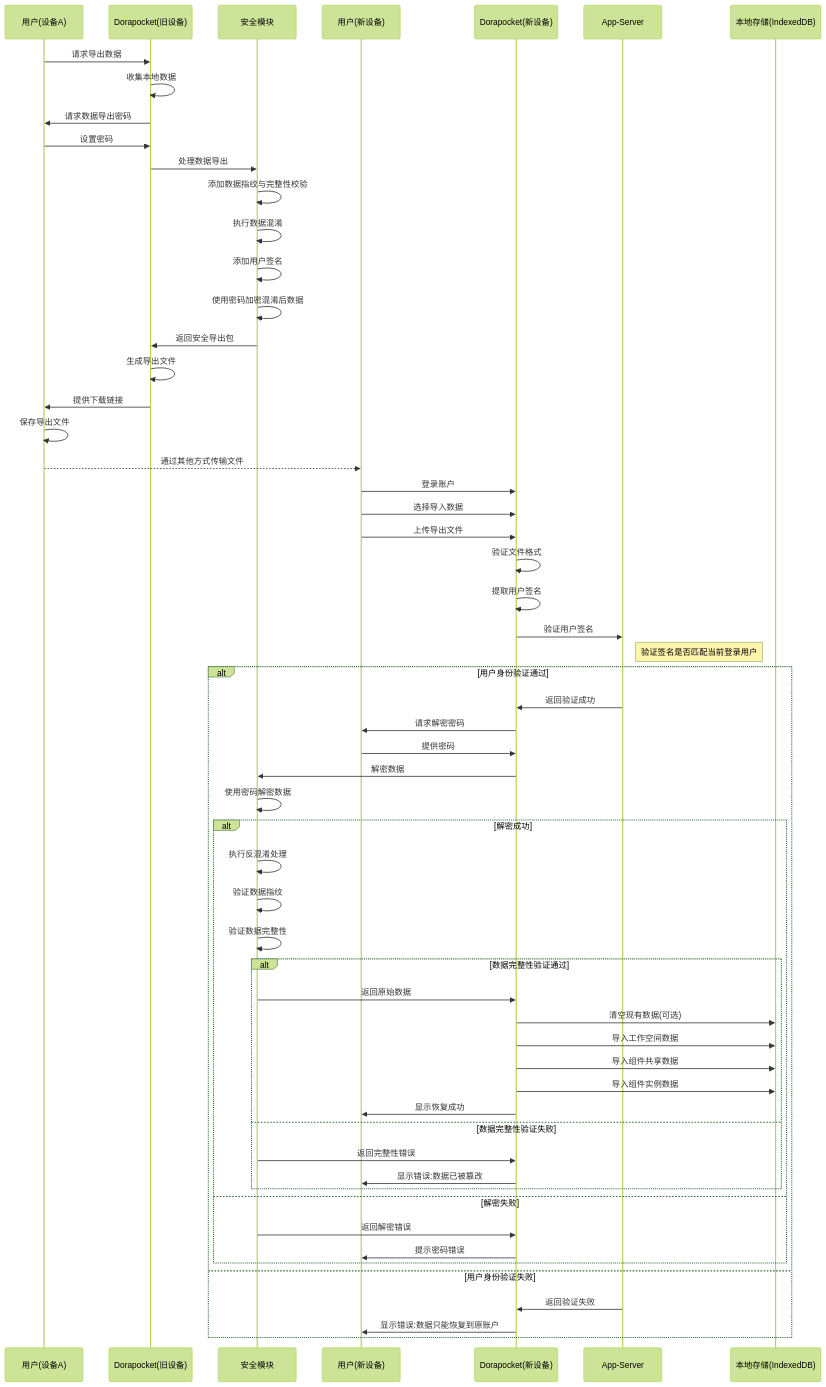
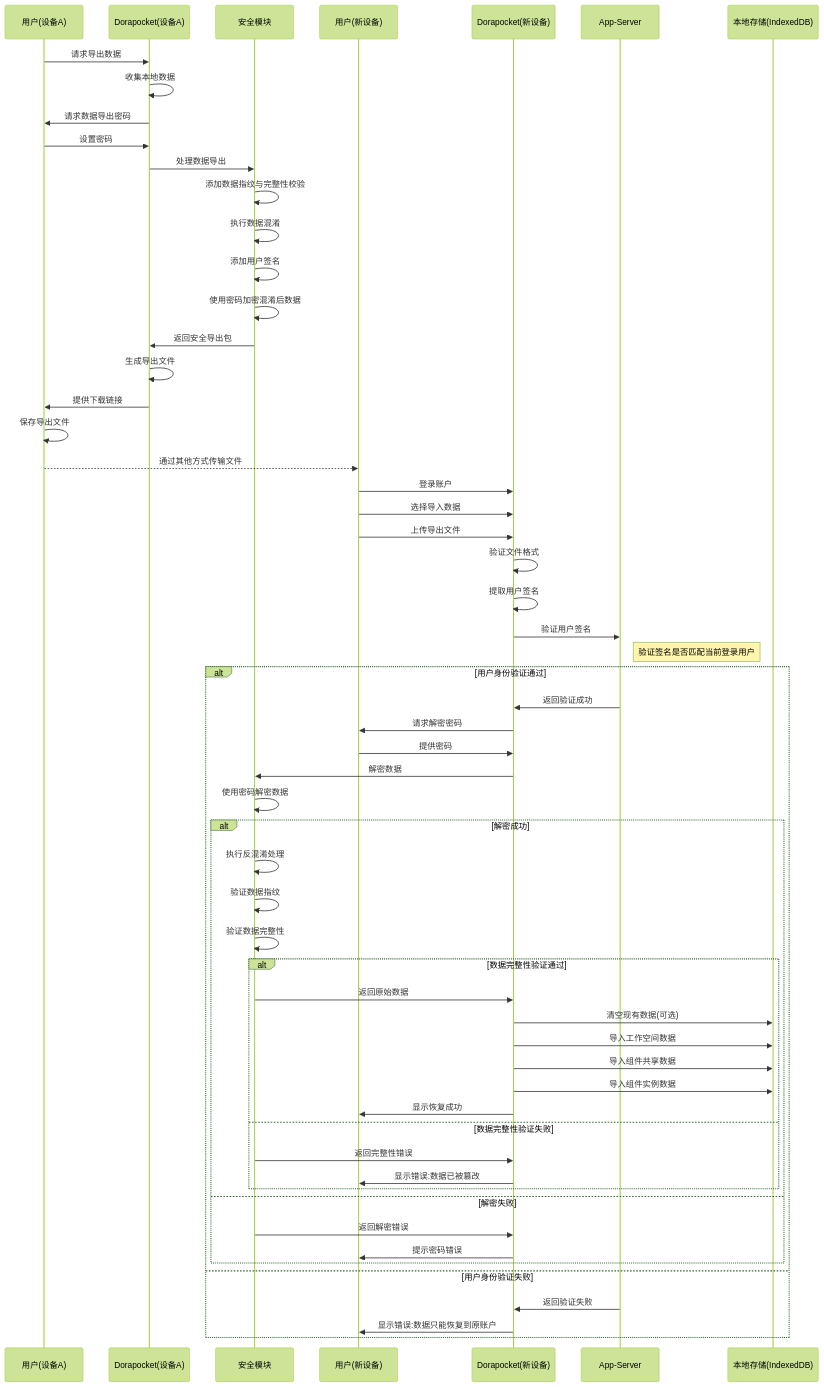
The diagram in all/未命名-34.md (yingjianzh/iodraw-files), drawn with Mermaid (forest theme) before and after one commit.

Commit message:
2025-04-17 16:45:01 update

````diff
--- a/all/未命名-34.md
+++ b/all/未命名-34.md
@@ -1,74 +1,74 @@
 ```mermaid
 sequenceDiagram
     participant UserOld as 用户(设备A)
-    participant AppOld as Dorapocket(旧设备)
+    participant AppOld as Dorapocket(设备A)
     participant Security as 安全模块
     participant UserNew as 用户(新设备)
     participant AppNew as Dorapocket(新设备)
     participant AppServer as App-Server
     participant LocalDB as 本地存储(IndexedDB)
     
     %% 导出流程
     UserOld->>AppOld: 请求导出数据
     AppOld->>AppOld: 收集本地数据
     AppOld->>UserOld: 请求数据导出密码
     UserOld->>AppOld: 设置密码
     
     AppOld->>Security: 处理数据导出
     Security->>Security: 添加数据指纹与完整性校验
     Security->>Security: 执行数据混淆
     Security->>Security: 添加用户签名
     Security->>Security: 使用密码加密混淆后数据
     Security->>AppOld: 返回安全导出包
     
     AppOld->>AppOld: 生成导出文件
     AppOld->>UserOld: 提供下载链接
     UserOld->>UserOld: 保存导出文件
     
     %% 传输文件(由用户完成)
     UserOld-->>UserNew: 通过其他方式传输文件
     
     %% 恢复流程
     UserNew->>AppNew: 登录账户
     UserNew->>AppNew: 选择导入数据
     UserNew->>AppNew: 上传导出文件
     
     AppNew->>AppNew: 验证文件格式
     AppNew->>AppNew: 提取用户签名
     
     AppNew->>AppServer: 验证用户签名
     note right of AppServer: 验证签名是否匹配当前登录用户
     
     alt 用户身份验证通过
         AppServer->>AppNew: 返回验证成功
         AppNew->>UserNew: 请求解密密码
         UserNew->>AppNew: 提供密码
         
         AppNew->>Security: 解密数据
         Security->>Security: 使用密码解密数据
         
         alt 解密成功
             Security->>Security: 执行反混淆处理
             Security->>Security: 验证数据指纹
             Security->>Security: 验证数据完整性
             
             alt 数据完整性验证通过
                 Security->>AppNew: 返回原始数据
                 AppNew->>LocalDB: 清空现有数据(可选)
                 AppNew->>LocalDB: 导入工作空间数据
                 AppNew->>LocalDB: 导入组件共享数据
                 AppNew->>LocalDB: 导入组件实例数据
                 AppNew->>UserNew: 显示恢复成功
             else 数据完整性验证失败
                 Security->>AppNew: 返回完整性错误
                 AppNew->>UserNew: 显示错误:数据已被篡改
             end
         else 解密失败
             Security->>AppNew: 返回解密错误
             AppNew->>UserNew: 提示密码错误
         end
     else 用户身份验证失败
         AppServer->>AppNew: 返回验证失败
         AppNew->>UserNew: 显示错误:数据只能恢复到原账户
     end
 ```
````
